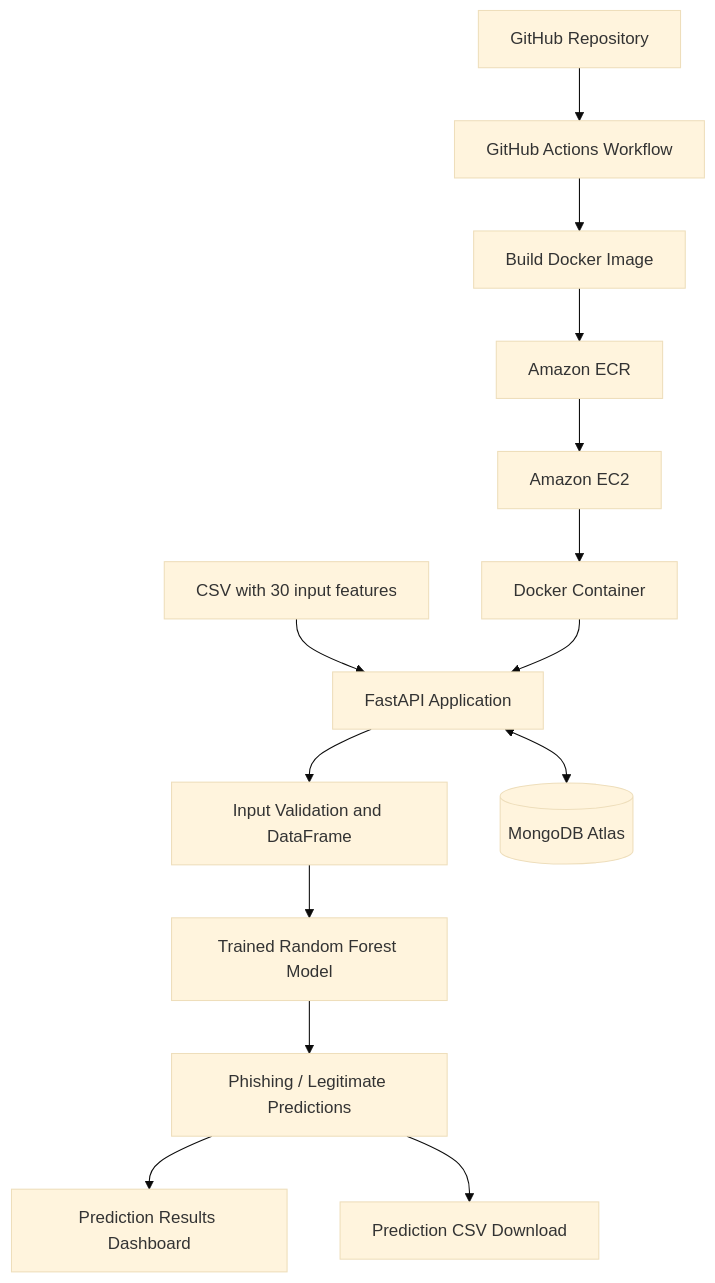
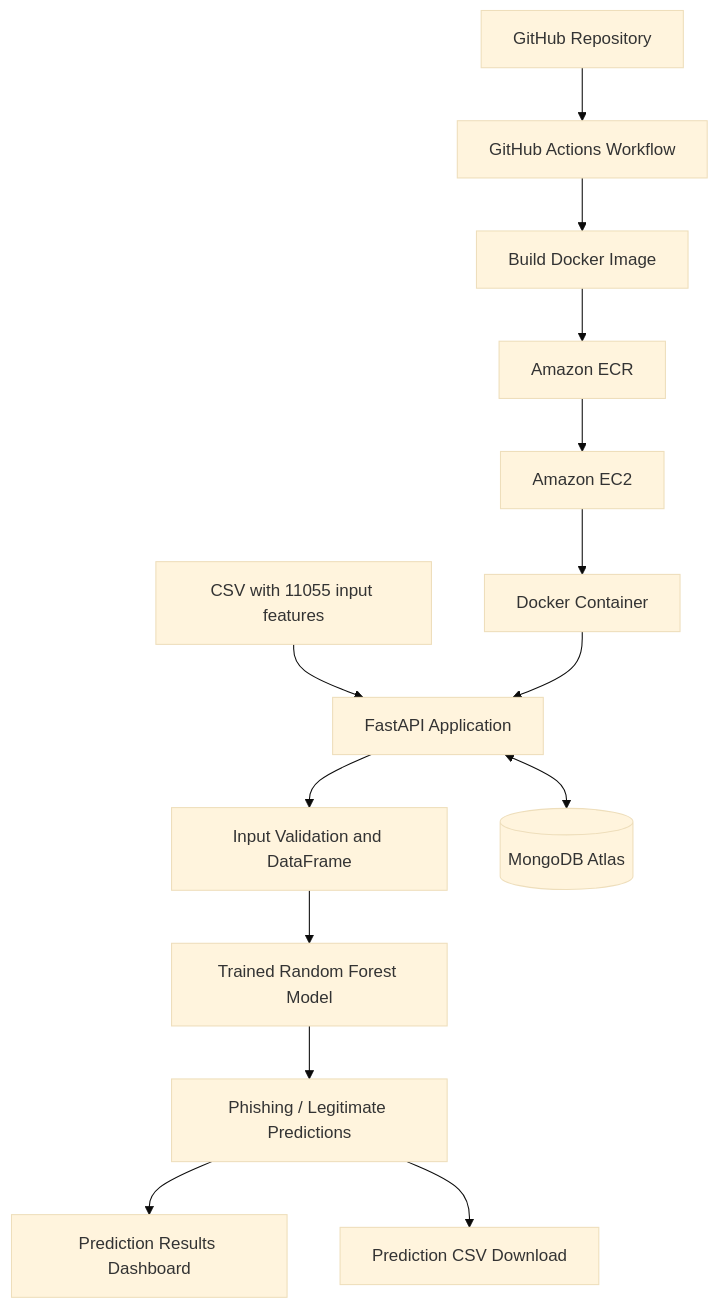
The first of 2 diagrams in README.md (Ravinuthala-Venkata-Siva-Prasad/Network-Security), drawn with Mermaid (base theme) before and after one commit.

````diff
--- a/README.md
+++ b/README.md
@@ -63,16 +63,16 @@
 ```mermaid
 flowchart TD
-    A[CSV with 30 input features] --> B[FastAPI Application]
+    A[CSV with 11055 input features] --> B[FastAPI Application]
     B --> C[Input Validation and DataFrame]
     C --> D[Trained Random Forest Model]
     D --> E[Phishing / Legitimate Predictions]
     E --> F[Prediction Results Dashboard]
     E --> G[Prediction CSV Download]
     B <--> H[(MongoDB Atlas)]
     I[GitHub Repository] --> J[GitHub Actions Workflow]
     J --> K[Build Docker Image]
     K --> L[Amazon ECR]
     L --> M[Amazon EC2]
     M --> N[Docker Container]
     N --> B
 ```
````
